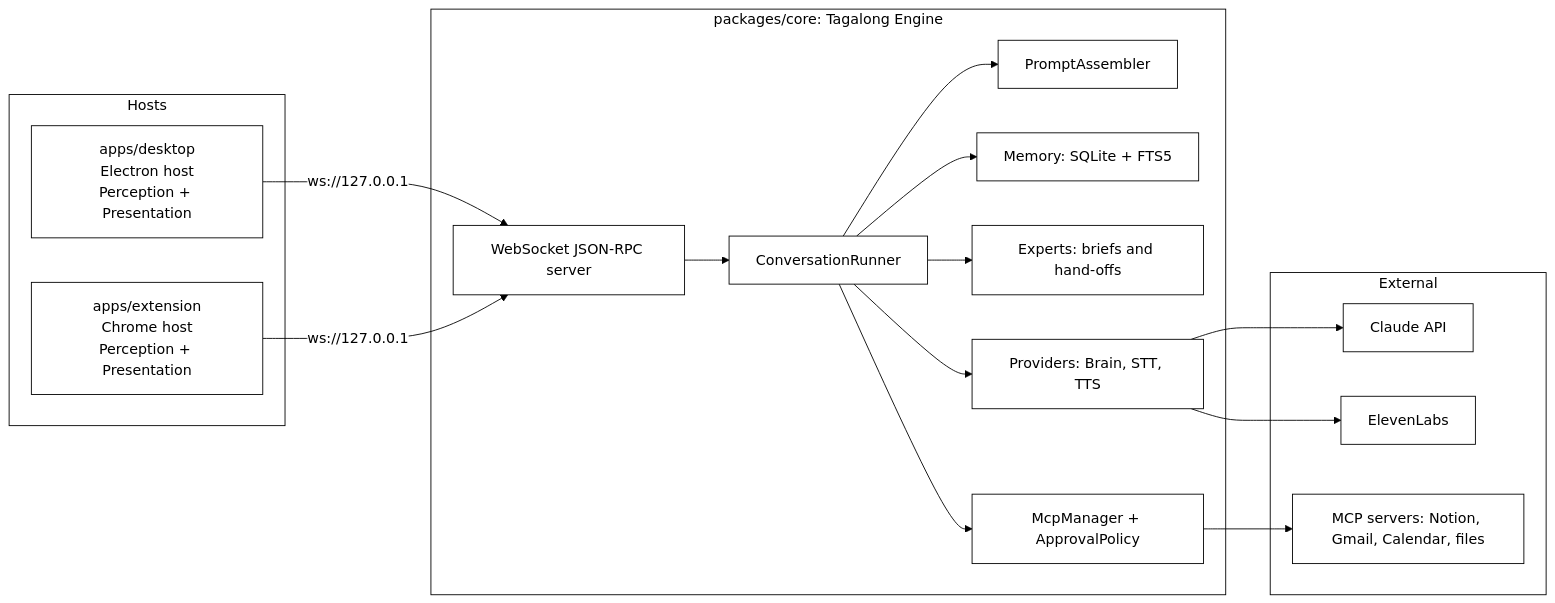
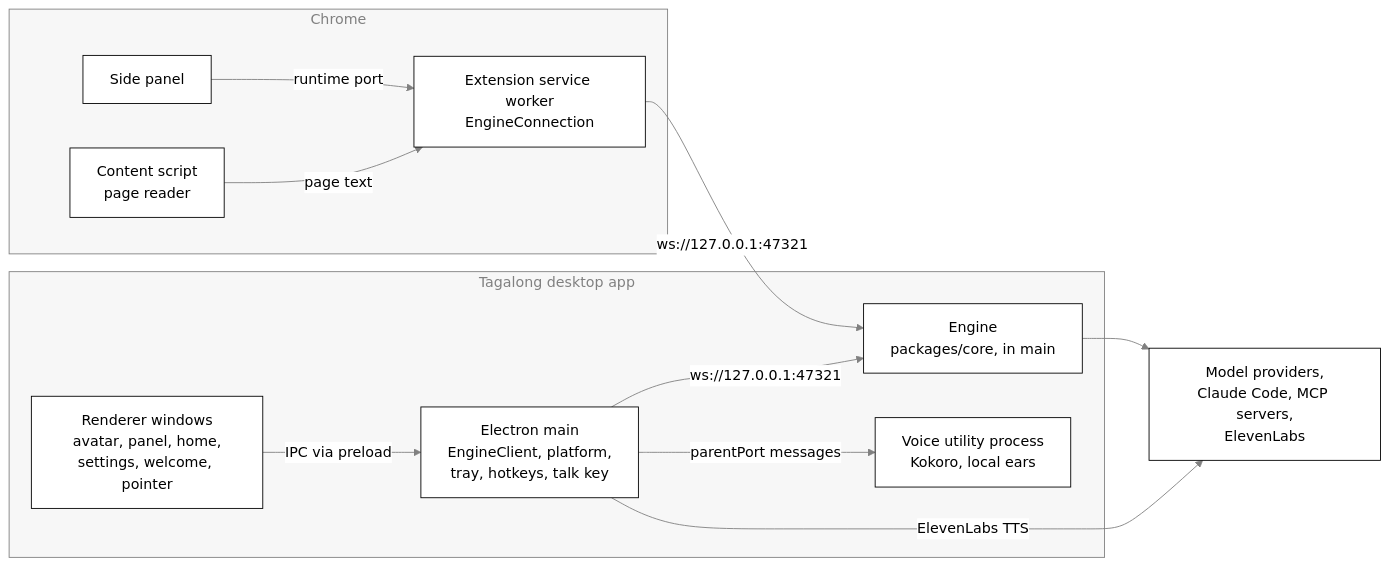
The first of 4 diagrams in docs/architecture.md (nadeem4/tagalong), drawn with Mermaid before and after one commit. The commit also changed other lines of this file and 19 other files, not shown here.

````diff
--- a/docs/architecture.md
+++ b/docs/architecture.md
@@ -26,33 +28,24 @@
 ```mermaid
-%%{init: {"theme": "base", "themeVariables": {"primaryColor": "#ffffff", "primaryTextColor": "#000000", "primaryBorderColor": "#000000", "lineColor": "#000000", "secondaryColor": "#ffffff", "tertiaryColor": "#ffffff", "background": "#ffffff", "clusterBkg": "#ffffff", "clusterBorder": "#000000"}}}%%
+%%{init: {"theme": "base", "themeVariables": {"primaryColor": "#ffffff", "primaryTextColor": "#000000", "primaryBorderColor": "#000000", "lineColor": "#808080", "secondaryColor": "#f2f2f2", "tertiaryColor": "#ffffff", "clusterBkg": "#f7f7f7", "clusterBorder": "#808080", "edgeLabelBackground": "#ffffff", "titleColor": "#808080", "fontFamily": "Segoe UI, Helvetica, Arial, sans-serif"}}}%%
 flowchart LR
-  subgraph Hosts
-    D["apps/desktop<br>Electron host<br>Perception + Presentation"]
-    E["apps/extension<br>Chrome host<br>Perception + Presentation"]
+  subgraph Electron["Tagalong desktop app"]
+    R["Renderer windows<br>avatar, panel, home,<br>settings, welcome, pointer"]
+    M["Electron main<br>EngineClient, platform,<br>tray, hotkeys, talk key"]
+    E["Engine<br>packages/core, in main"]
+    V["Voice utility process<br>Kokoro, local ears"]
   end
-  subgraph Core["packages/core: Tagalong Engine"]
-    S["WebSocket JSON-RPC server"]
-    R["ConversationRunner"]
-    P["PromptAssembler"]
-    M["Memory: SQLite + FTS5"]
-    B["Experts: briefs and hand-offs"]
-    T["McpManager + ApprovalPolicy"]
-    PR["Providers: Brain, STT, TTS"]
+  subgraph Chrome["Chrome"]
+    SW["Extension service worker<br>EngineConnection"]
+    SP["Side panel"]
+    CS["Content script<br>page reader"]
   end
-  subgraph External
-    C["Claude API"]
-    V["ElevenLabs"]
-    X["MCP servers: Notion, Gmail, Calendar, files"]
-  end
-  D -- "ws://127.0.0.1" --> S
-  E -- "ws://127.0.0.1" --> S
-  S --> R
-  R --> P
-  R --> M
-  R --> B
-  R --> T
-  R --> PR
-  PR --> C
-  PR --> V
-  T --> X
+  X["Model providers,<br>Claude Code, MCP servers,<br>ElevenLabs"]
+  R -- "IPC via preload" --> M
+  M -- "ws://127.0.0.1:47321" --> E
+  M -- "parentPort messages" --> V
+  SW -- "ws://127.0.0.1:47321" --> E
+  SP -- "runtime port" --> SW
+  CS -- "page text" --> SW
+  E --> X
+  M -- "ElevenLabs TTS" --> X
 ```
````
